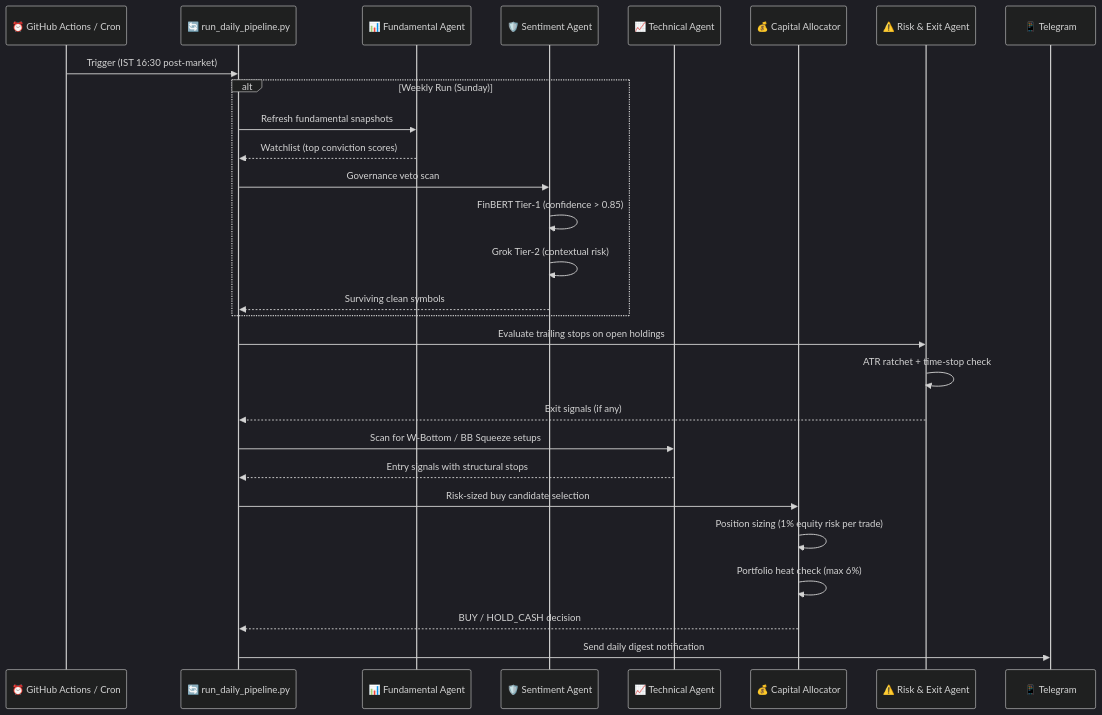
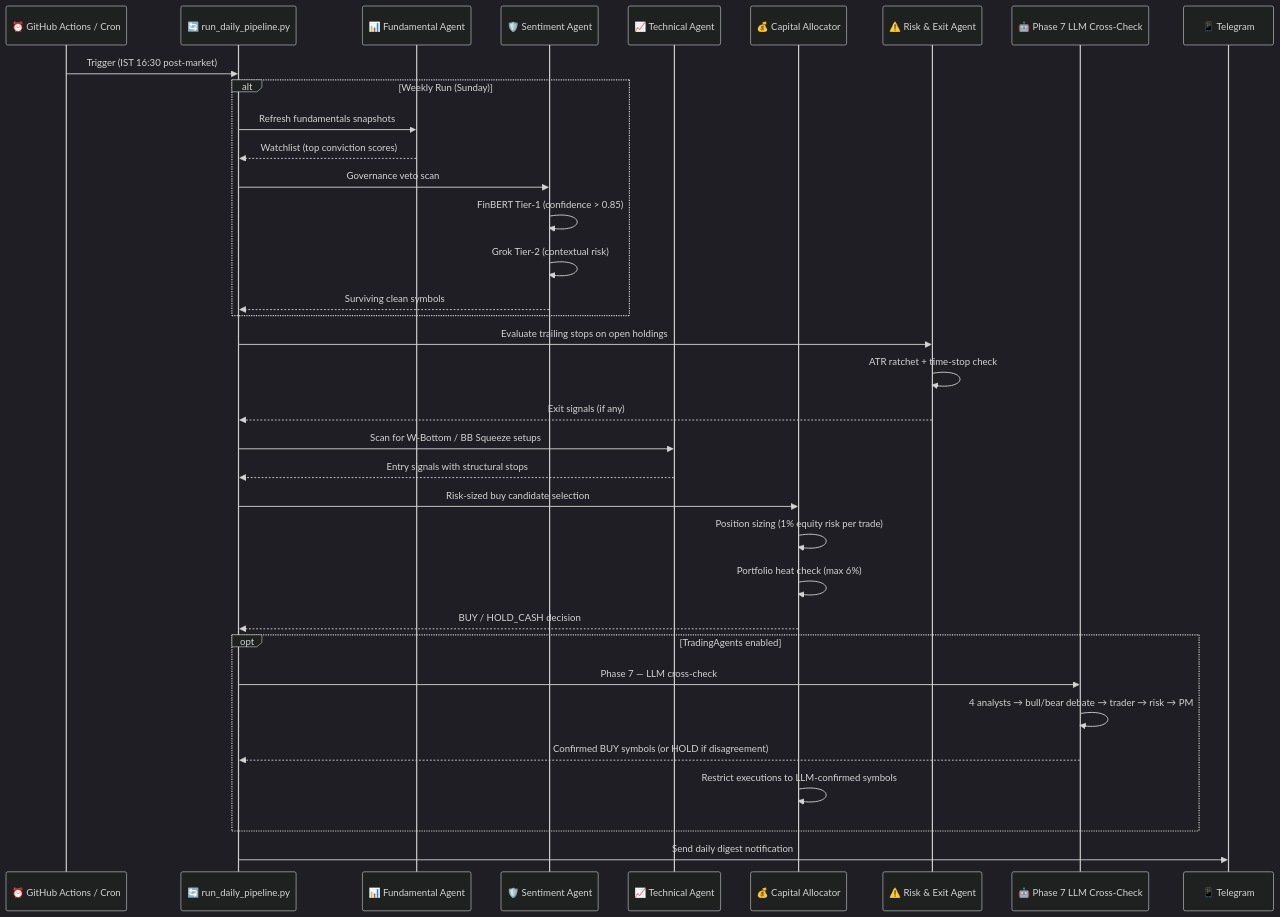
One commit to 10vulture1005/vyuha changed the third of 5 diagrams in README.md. Above: the diagram before and after it, drawn with Mermaid (dark theme). The commit also changed other lines of this file, not shown here.

First line of the commit message:
docs: document TradingAgents LLM Phase 7 + CLI reference

````diff
--- a/README.md
+++ b/README.md
@@ -188,36 +424,44 @@
 ```mermaid
 sequenceDiagram
     participant Cron as ⏰ GitHub Actions / Cron
     participant Pipeline as 🔄 run_daily_pipeline.py
     participant Fund as 📊 Fundamental Agent
     participant Sent as 🛡️ Sentiment Agent
     participant Tech as 📈 Technical Agent
     participant Alloc as 💰 Capital Allocator
     participant Risk as ⚠️ Risk & Exit Agent
+    participant LLM as 🤖 Phase 7 LLM Cross-Check
     participant TG as 📱 Telegram
 
     Cron->>Pipeline: Trigger (IST 16:30 post-market)
     
     alt Weekly Run (Sunday)
-        Pipeline->>Fund: Refresh fundamental snapshots
+        Pipeline->>Fund: Refresh fundamentals snapshots
         Fund-->>Pipeline: Watchlist (top conviction scores)
         Pipeline->>Sent: Governance veto scan
         Sent->>Sent: FinBERT Tier-1 (confidence > 0.85)
         Sent->>Sent: Grok Tier-2 (contextual risk)
         Sent-->>Pipeline: Surviving clean symbols
     end
 
     Pipeline->>Risk: Evaluate trailing stops on open holdings
     Risk->>Risk: ATR ratchet + time-stop check
     Risk-->>Pipeline: Exit signals (if any)
     
     Pipeline->>Tech: Scan for W-Bottom / BB Squeeze setups
     Tech-->>Pipeline: Entry signals with structural stops
     
     Pipeline->>Alloc: Risk-sized buy candidate selection
     Alloc->>Alloc: Position sizing (1% equity risk per trade)
     Alloc->>Alloc: Portfolio heat check (max 6%)
     Alloc-->>Pipeline: BUY / HOLD_CASH decision
 
+    opt TradingAgents enabled
+        Pipeline->>LLM: Phase 7 — LLM cross-check
+        LLM->>LLM: 4 analysts → bull/bear debate → trader → risk → PM
+        LLM-->>Pipeline: Confirmed BUY symbols (or HOLD if disagreement)
+        Alloc->>Alloc: Restrict executions to LLM-confirmed symbols
+    end
+
     Pipeline->>TG: Send daily digest notification
 ```
````
